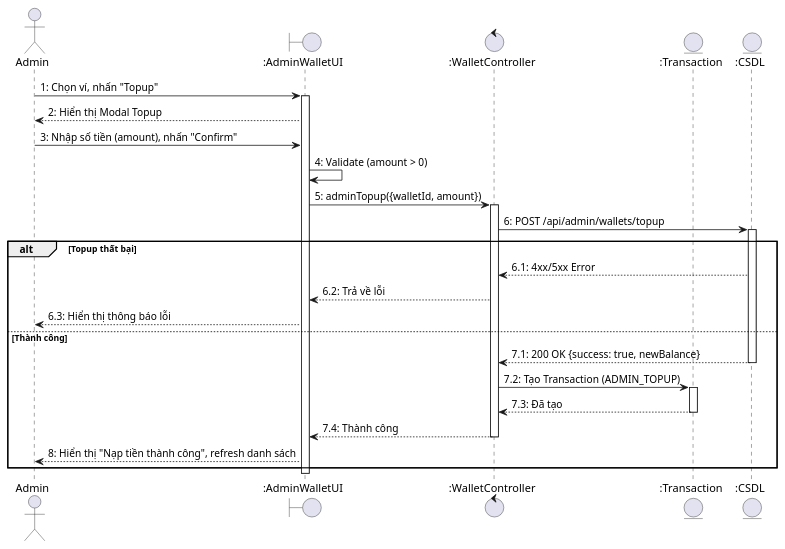
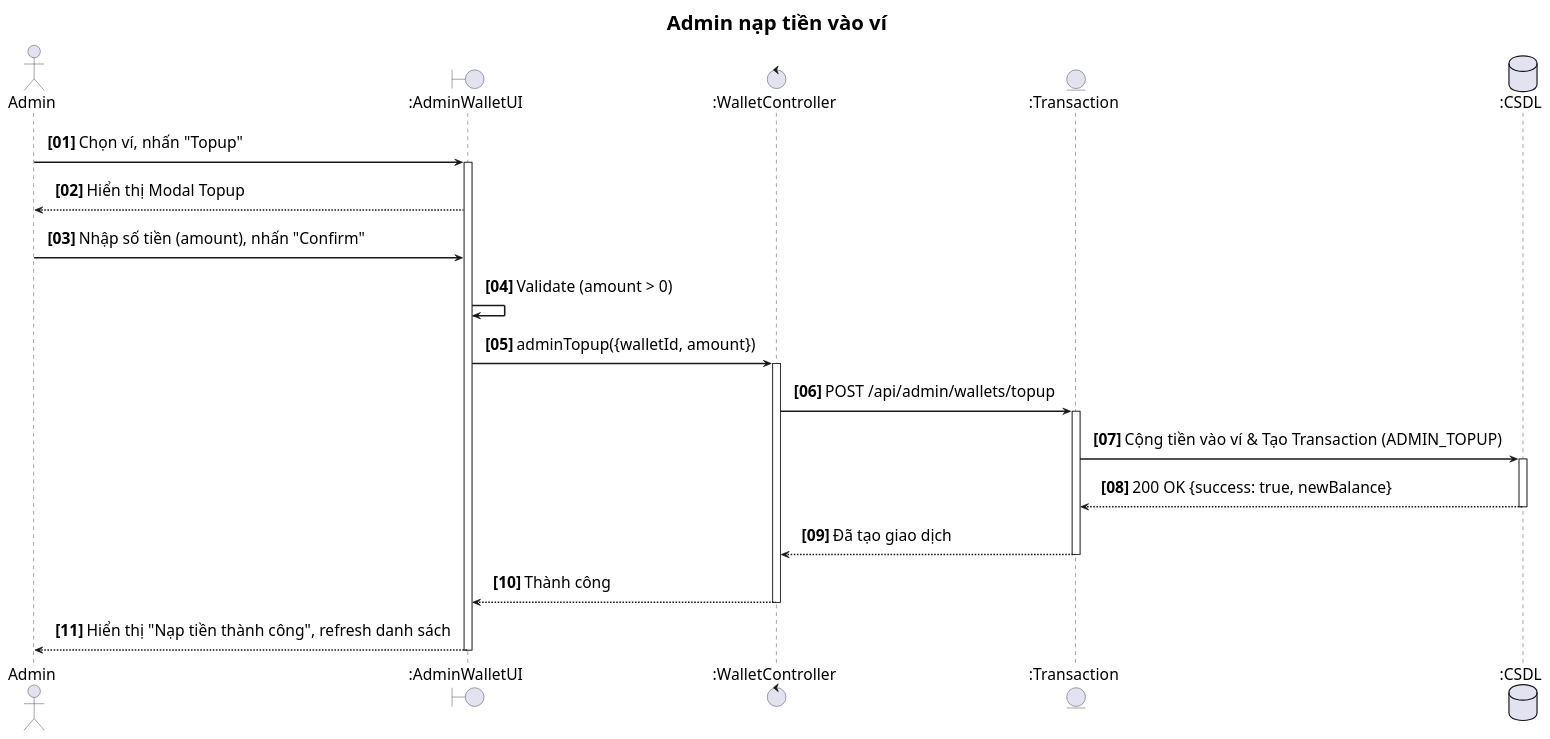
Before and after one commit to Gonztbl/DATN_FRONT-END: the diagram in front-end/src/usecaseUML/UC60_AdminTopup.puml, drawn with PlantUML. The commit also changed 45 other files, not shown here.

```diff
--- a/front-end/src/usecaseUML/UC60_AdminTopup.puml
+++ b/front-end/src/usecaseUML/UC60_AdminTopup.puml
@@ -1,42 +1,51 @@
 @startuml UC60_AdminTopup
-actor Admin
+title Admin nạp tiền vào ví
+
+autonumber "<b>[00]</b>"
+skinparam sequenceArrowThickness 2
+skinparam roundcorner 10
+skinparam defaultFontSize 20
+skinparam titleFontSize 26
+skinparam sequenceFontSize 19
+skinparam sequenceMessageFontSize 20
+skinparam sequenceActorFontSize 20
+skinparam sequenceParticipantFontSize 20
+skinparam noteFontSize 18
+skinparam sequenceArrowFontSize 20
+skinparam sequence {
+    ParticipantPadding 30
+    LifeLinePadding 20
+    MessagePadding 10
+}
+
+actor "Admin" as Admin
 boundary ":AdminWalletUI" as UI
 control ":WalletController" as CTRL
 entity ":Transaction" as ENT
-entity ":CSDL" as DB
+database ":CSDL" as DB
 
-Admin -> UI : 1: Chọn ví, nhấn "Topup"
+Admin -> UI : Chọn ví, nhấn "Topup"
 activate UI
 
-UI --> Admin : 2: Hiển thị Modal Topup
-Admin -> UI : 3: Nhập số tiền (amount), nhấn "Confirm"
+UI --> Admin : Hiển thị Modal Topup
+Admin -> UI : Nhập số tiền (amount), nhấn "Confirm"
 
-UI -> UI : 4: Validate (amount > 0)
+UI -> UI : Validate (amount > 0)
 
-UI -> CTRL : 5: adminTopup({walletId, amount})
+UI -> CTRL : adminTopup({walletId, amount})
 activate CTRL
+CTRL -> ENT : POST /api/admin/wallets/topup
+activate ENT
+ENT -> DB : Cộng tiền vào ví & Tạo Transaction (ADMIN_TOPUP)
+activate DB
+DB --> ENT : 200 OK {success: true, newBalance}
+deactivate DB
+ENT --> CTRL : Đã tạo giao dịch
+deactivate ENT
+CTRL --> UI : Thành công
+deactivate CTRL
 
-CTRL -> DB : 6: POST /api/admin/wallets/topup
-activate DB
-
-alt Topup thất bại
-    DB --> CTRL : 6.1: 4xx/5xx Error
-    CTRL --> UI : 6.2: Trả về lỗi
-    UI --> Admin : 6.3: Hiển thị thông báo lỗi
-else Thành công
-    DB --> CTRL : 7.1: 200 OK {success: true, newBalance}
-    deactivate DB
-
-    CTRL -> ENT : 7.2: Tạo Transaction (ADMIN_TOPUP)
-    activate ENT
-    ENT --> CTRL : 7.3: Đã tạo
-    deactivate ENT
-
-    CTRL --> UI : 7.4: Thành công
-    deactivate CTRL
-
-    UI --> Admin : 8: Hiển thị "Nạp tiền thành công", refresh danh sách
-end
+UI --> Admin : Hiển thị "Nạp tiền thành công", refresh danh sách
 
 deactivate UI
 @enduml
```
